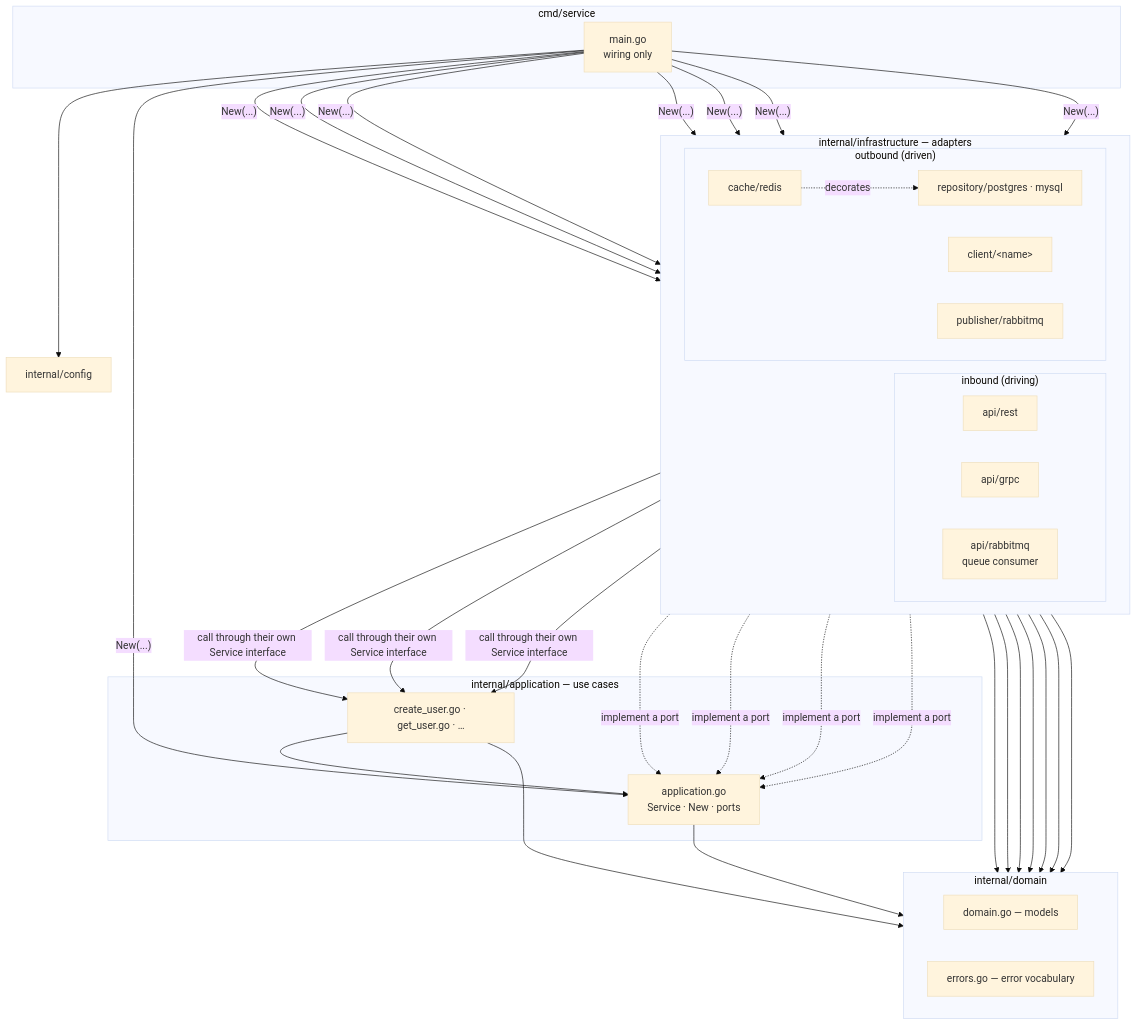
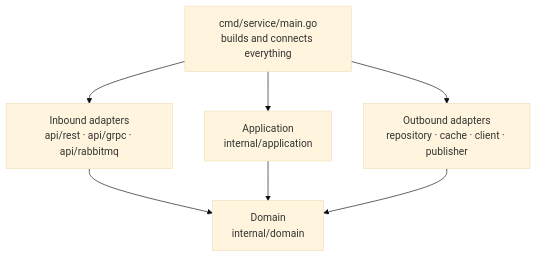
Before and after one commit to drew138/.dotfiles: the first of 2 diagrams in roles/ai/files/skills/go-service/references/architecture.md, drawn with Mermaid (base theme). The commit also changed other lines of this file and 14 other files, not shown here.

First line of the commit message:
refactor(ai): name the application struct Application in go-service

````diff
--- a/roles/ai/files/skills/go-service/references/architecture.md
+++ b/roles/ai/files/skills/go-service/references/architecture.md
@@ -5,38 +5,15 @@
 ```mermaid
 flowchart TB
-    subgraph cmd["cmd/service"]
-        main["main.go<br/>wiring only"]
-    end
-    subgraph infra["internal/infrastructure — adapters"]
-        direction LR
-        subgraph inbound["inbound (driving)"]
-            rest["api/rest"]
-            grpc["api/grpc"]
-            consumer["api/rabbitmq<br/>queue consumer"]
-        end
-        subgraph outbound["outbound (driven)"]
-            repo["repository/postgres · mysql"]
-            cache["cache/redis"]
-            client["client/&lt;name&gt;"]
-            publisher["publisher/rabbitmq"]
-        end
-    end
-    subgraph app["internal/application — use cases"]
-        appgo["application.go<br/>Service · New · ports"]
-        methods["create_user.go · get_user.go · …"]
-    end
-    subgraph dom["internal/domain"]
-        domgo["domain.go — models"]
-        errs["errors.go — error vocabulary"]
-    end
-    config["internal/config"]
+    main["cmd/service/main.go<br/>builds and connects everything"]
+    inbound["Inbound adapters<br/>api/rest · api/grpc · api/rabbitmq"]
+    outbound["Outbound adapters<br/>repository · cache · client · publisher"]
+    app["Application<br/>internal/application"]
+    domain["Domain<br/>internal/domain"]
 
-    main --> config
-    main -->|"New(...)"| rest & grpc & consumer & repo & cache & client & publisher & appgo
-    rest & grpc & consumer -->|"call through their own Service interface"| methods
-    methods --> appgo
-    repo & cache & client & publisher -.->|"implement a port"| appgo
-    cache -.->|"decorates"| repo
-    appgo & methods --> dom
-    rest & grpc & consumer & repo & cache & client & publisher --> dom
+    main --> inbound
+    main --> app
+    main --> outbound
+    inbound --> domain
+    app --> domain
+    outbound --> domain
 ```
````
